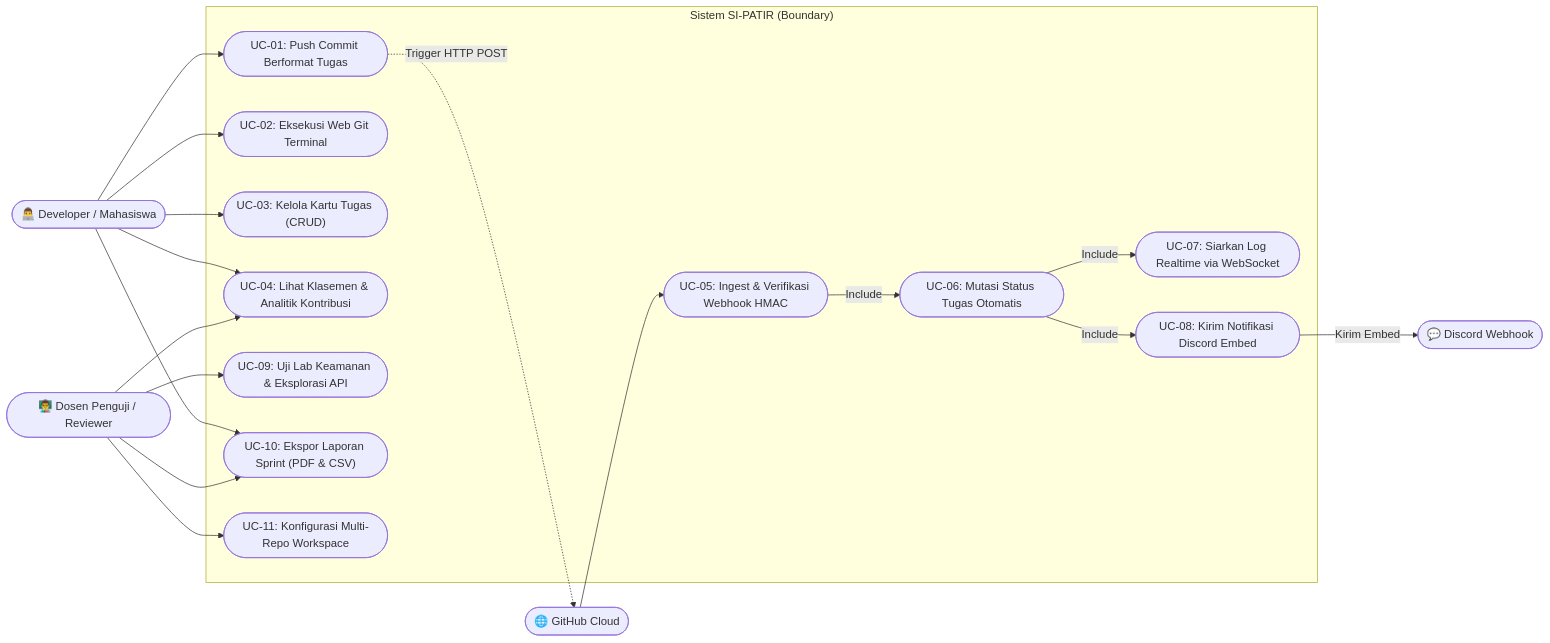
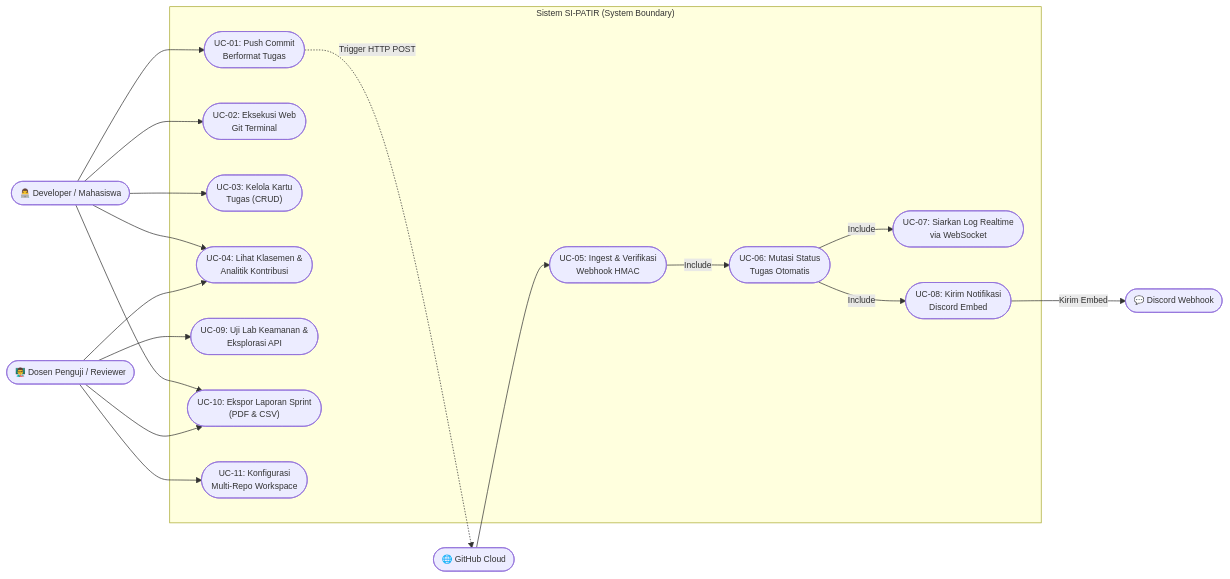
One commit to denoyey/si-patir changed the first of 6 diagrams in docs/academic/DIAGRAM-ARSITEKTUR-UML.md. Above: the diagram before and after it, drawn with Mermaid. The commit also changed other lines of this file, not shown here.

Commit message:
docs(uml): add multi-line breaks and font sizing to prevent text truncation

````diff
--- a/docs/academic/DIAGRAM-ARSITEKTUR-UML.md
+++ b/docs/academic/DIAGRAM-ARSITEKTUR-UML.md
@@ -29,45 +29,46 @@
 ```mermaid
+%%{init: {'theme': 'default', 'themeVariables': { 'fontSize': '12px' }}}%%
 flowchart LR
     %% Actors
     dev(["👨‍💻 Developer / Mahasiswa"])
     lecturer(["👨‍🏫 Dosen Penguji / Reviewer"])
     github(["🌐 GitHub Cloud"])
     discord(["💬 Discord Webhook"])
 
-    subgraph SIPATIR ["Sistem SI-PATIR (Boundary)"]
-        UC1(["UC-01: Push Commit Berformat Tugas"])
-        UC2(["UC-02: Eksekusi Web Git Terminal"])
-        UC3(["UC-03: Kelola Kartu Tugas (CRUD)"])
-        UC4(["UC-04: Lihat Klasemen & Analitik Kontribusi"])
-        UC5(["UC-05: Ingest & Verifikasi Webhook HMAC"])
-        UC6(["UC-06: Mutasi Status Tugas Otomatis"])
-        UC7(["UC-07: Siarkan Log Realtime via WebSocket"])
-        UC8(["UC-08: Kirim Notifikasi Discord Embed"])
-        UC9(["UC-09: Uji Lab Keamanan & Eksplorasi API"])
-        UC10(["UC-10: Ekspor Laporan Sprint (PDF & CSV)"])
-        UC11(["UC-11: Konfigurasi Multi-Repo Workspace"])
+    subgraph SIPATIR ["Sistem SI-PATIR (System Boundary)"]
+        UC1(["UC-01: Push Commit<br/>Berformat Tugas"])
+        UC2(["UC-02: Eksekusi Web<br/>Git Terminal"])
+        UC3(["UC-03: Kelola Kartu<br/>Tugas (CRUD)"])
+        UC4(["UC-04: Lihat Klasemen &<br/>Analitik Kontribusi"])
+        UC5(["UC-05: Ingest & Verifikasi<br/>Webhook HMAC"])
+        UC6(["UC-06: Mutasi Status<br/>Tugas Otomatis"])
+        UC7(["UC-07: Siarkan Log Realtime<br/>via WebSocket"])
+        UC8(["UC-08: Kirim Notifikasi<br/>Discord Embed"])
+        UC9(["UC-09: Uji Lab Keamanan &<br/>Eksplorasi API"])
+        UC10(["UC-10: Ekspor Laporan Sprint<br/>(PDF & CSV)"])
+        UC11(["UC-11: Konfigurasi<br/>Multi-Repo Workspace"])
     end
 
     %% Developer Relations
     dev --> UC1
     dev --> UC2
     dev --> UC3
     dev --> UC4
     dev --> UC10
 
     %% GitHub Relations
     UC1 -.->|Trigger HTTP POST| github
     github --> UC5
 
     %% Internal System Relations
     UC5 -->|Include| UC6
     UC6 -->|Include| UC7
     UC6 -->|Include| UC8
     UC8 -->|Kirim Embed| discord
 
     %% Lecturer / Reviewer Relations
     lecturer --> UC4
     lecturer --> UC9
     lecturer --> UC10
     lecturer --> UC11
 ```
````
